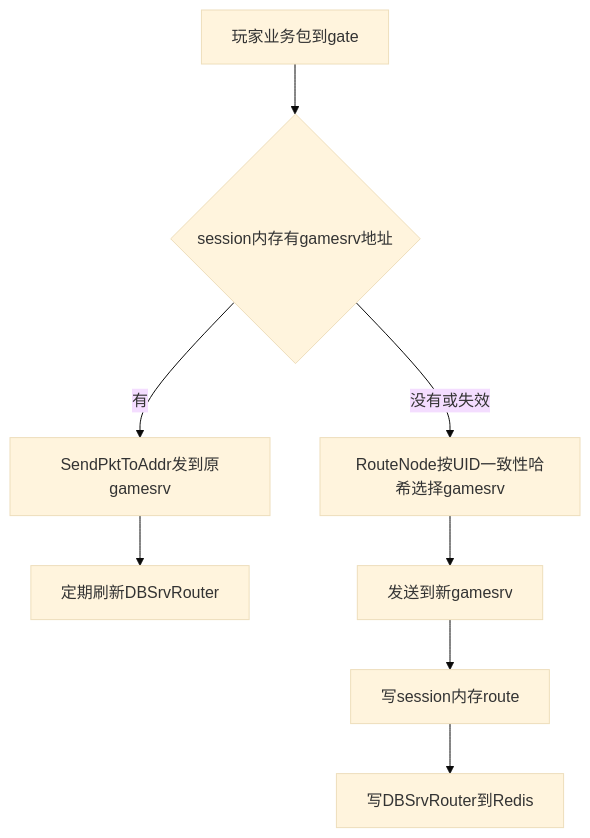
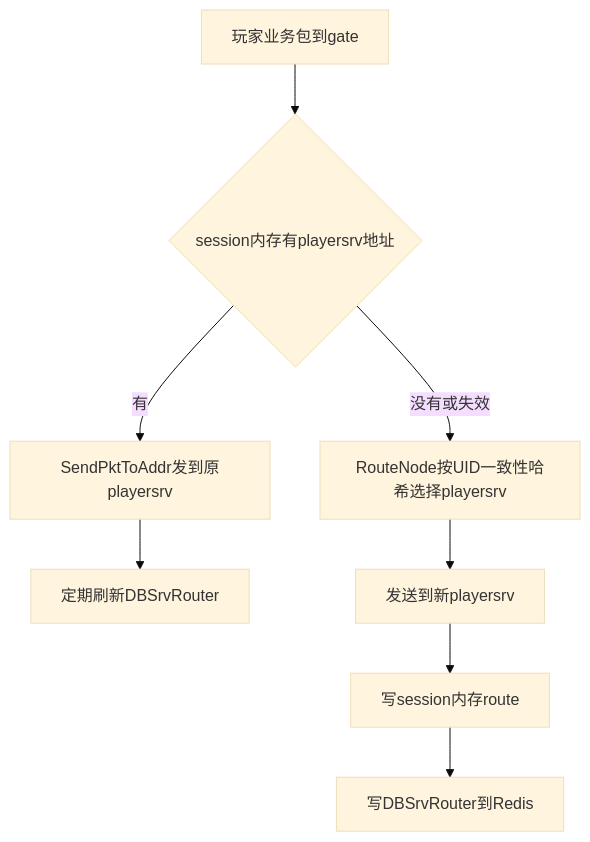
Before and after one commit to zhanglei19960726/globalmail: the third of 7 diagrams in docs/runtime-flows.md, drawn with Mermaid (base theme). The commit also changed other lines of this file and 114 other files, not shown here.

````diff
--- a/docs/runtime-flows.md
+++ b/docs/runtime-flows.md
@@ -135,10 +135,10 @@
 ```mermaid
 flowchart TD
-    req[玩家业务包到gate] --> memoryRoute{session内存有gamesrv地址}
-    memoryRoute -->|有| sendOld[SendPktToAddr发到原gamesrv]
+    req[玩家业务包到gate] --> memoryRoute{session内存有playersrv地址}
+    memoryRoute -->|有| sendOld[SendPktToAddr发到原playersrv]
     sendOld --> refresh[定期刷新DBSrvRouter]
-    memoryRoute -->|没有或失效| routeNode[RouteNode按UID一致性哈希选择gamesrv]
-    routeNode --> sendNew[发送到新gamesrv]
+    memoryRoute -->|没有或失效| routeNode[RouteNode按UID一致性哈希选择playersrv]
+    routeNode --> sendNew[发送到新playersrv]
     sendNew --> saveMemory[写session内存route]
     saveMemory --> saveDB[写DBSrvRouter到Redis]
 ```
````
